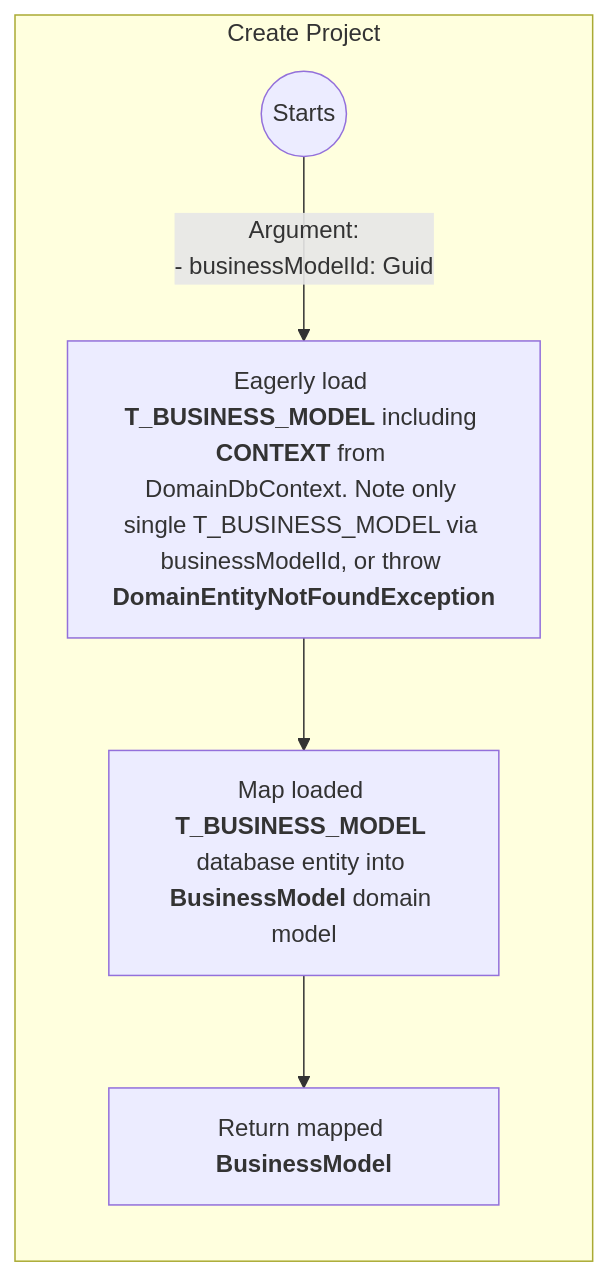
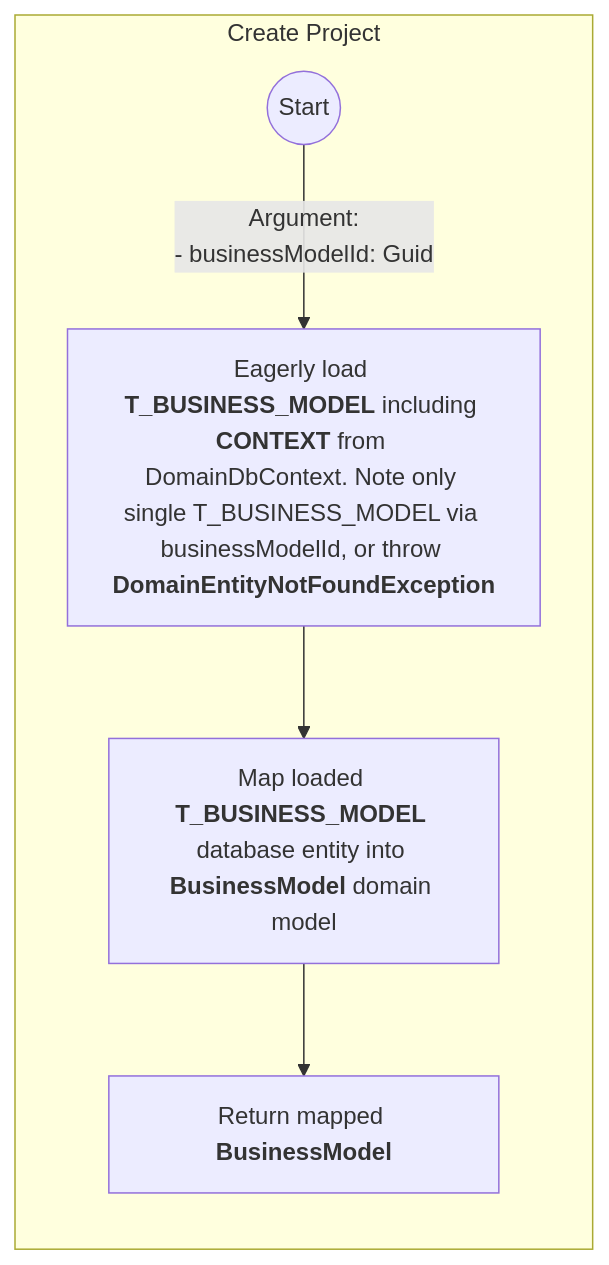
Before and after one commit to sdlfly2000/DomainBasedDesigner: the first of 2 diagrams in AI/Repository/BusinessModelRepository.md, drawn with Mermaid. The commit also changed other lines of this file and 1 other file, not shown here.

````diff
--- a/AI/Repository/BusinessModelRepository.md
+++ b/AI/Repository/BusinessModelRepository.md
@@ -32,11 +32,11 @@
     ```mermaid
         graph TB
             subgraph main [Create Project]
                 direction TB
-                start(("Start"s)) -->
+                start(("Start")) -->
                 |Argument: 
                 - businessModelId: Guid| LoadBusinessModelFromDb["`Eagerly load **T_BUSINESS_MODEL** including **CONTEXT** from DomainDbContext. Note only single T_BUSINESS_MODEL via businessModelId, or throw **DomainEntityNotFoundException**`"] -->
                 MapBusinessModelFromDb["`Map loaded **T_BUSINESS_MODEL** database entity into **BusinessModel** domain model`"] -->
                 return["`Return mapped **BusinessModel**`"]
             end
     ```
````
